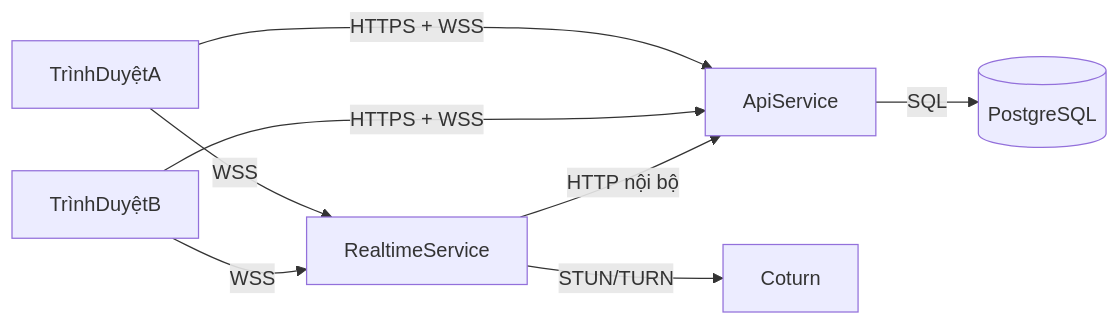
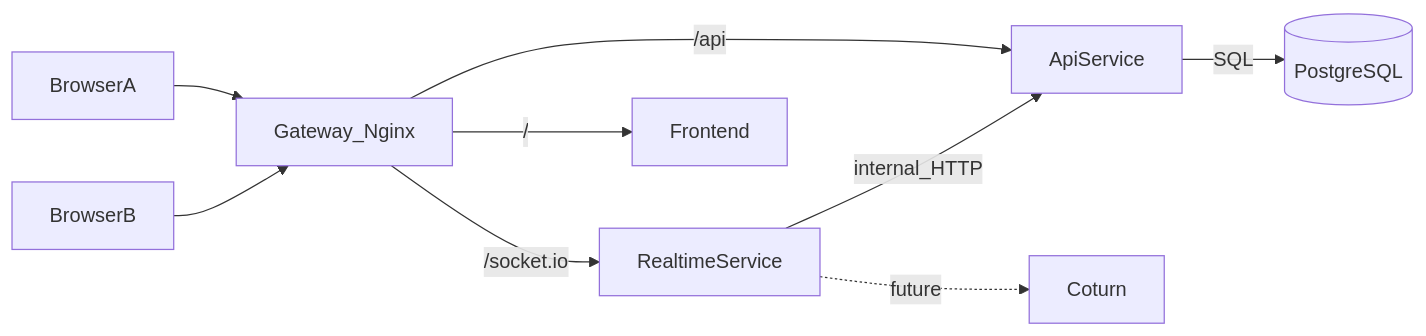
The diagram in docs/01-architecture.md (Tienchan27/e2ee-real-time-communication-system), drawn with Mermaid before and after one commit. The commit also changed other lines of this file and 13 other files, not shown here.

````diff
--- a/docs/01-architecture.md
+++ b/docs/01-architecture.md
@@ -24,10 +24,11 @@
 ```mermaid
 flowchart LR
-  UserA[TrìnhDuyệtA] -->|"HTTPS + WSS"| API[ApiService]
-  UserA -->|"WSS"| RT[RealtimeService]
-  UserB[TrìnhDuyệtB] -->|"HTTPS + WSS"| API
-  UserB -->|"WSS"| RT
+  UserA[BrowserA] --> GW[Gateway_Nginx]
+  UserB[BrowserB] --> GW
+  GW -->|"/api"| API[ApiService]
+  GW -->|"/socket.io"| RT[RealtimeService]
+  GW -->|"/"| FE[Frontend]
   API -->|"SQL"| PG[(PostgreSQL)]
-  RT -->|"HTTP nội bộ"| API
-  RT -->|"STUN/TURN"| TURN[Coturn]
+  RT -->|"internal_HTTP"| API
+  RT -.->|"future"| TURN[Coturn]
 ```
````
